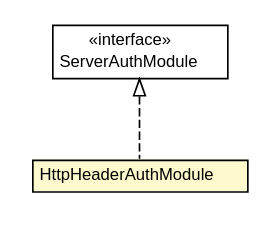
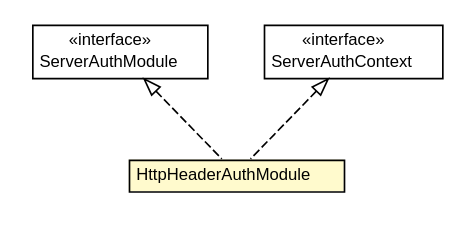
Before and after one commit to trajano/server-auth-modules: the diagram in apidocs/net/trajano/auth/HttpHeaderAuthModule.dot, drawn with Graphviz. The commit also changed 219 other files, not shown here.

```diff
--- a/apidocs/net/trajano/auth/HttpHeaderAuthModule.dot
+++ b/apidocs/net/trajano/auth/HttpHeaderAuthModule.dot
@@ -1,27 +1,36 @@
 #!/usr/local/bin/dot
 #
 # Class diagram 
 # Generated by UMLGraph version R5_6-24-gf6e263 (http://www.umlgraph.org/)
 #
 
 digraph G {
 	edge [fontname="Helvetica",fontsize=10,labelfontname="Helvetica",labelfontsize=10];
 	node [fontname="Helvetica",fontsize=10,shape=plaintext];
 	nodesep=0.25;
 	ranksep=0.5;
 	// net.trajano.auth.HttpHeaderAuthModule
-	c202 [label=<<table title="net.trajano.auth.HttpHeaderAuthModule" border="0" cellborder="1" cellspacing="0" cellpadding="2" port="p" bgcolor="lemonChiffon" href="./HttpHeaderAuthModule.html">
+	c318 [label=<<table title="net.trajano.auth.HttpHeaderAuthModule" border="0" cellborder="1" cellspacing="0" cellpadding="2" port="p" bgcolor="lemonChiffon" href="./HttpHeaderAuthModule.html">
 		<tr><td><table border="0" cellspacing="0" cellpadding="1">
 <tr><td align="center" balign="center"> HttpHeaderAuthModule </td></tr>
 		</table></td></tr>
 		</table>>, URL="./HttpHeaderAuthModule.html", fontname="Helvetica", fontcolor="black", fontsize=10.0];
 	//net.trajano.auth.HttpHeaderAuthModule implements javax.security.auth.message.module.ServerAuthModule
-	c221:p -> c202:p [dir=back,arrowtail=empty,style=dashed];
+	c341:p -> c318:p [dir=back,arrowtail=empty,style=dashed];
+	//net.trajano.auth.HttpHeaderAuthModule implements javax.security.auth.message.config.ServerAuthContext
+	c342:p -> c318:p [dir=back,arrowtail=empty,style=dashed];
 	// javax.security.auth.message.module.ServerAuthModule
-	c221 [label=<<table title="javax.security.auth.message.module.ServerAuthModule" border="0" cellborder="1" cellspacing="0" cellpadding="2" port="p" href="http://java.sun.com/j2se/1.4.2/docs/api/javax/security/auth/message/module/ServerAuthModule.html">
+	c341 [label=<<table title="javax.security.auth.message.module.ServerAuthModule" border="0" cellborder="1" cellspacing="0" cellpadding="2" port="p" href="http://java.sun.com/j2se/1.4.2/docs/api/javax/security/auth/message/module/ServerAuthModule.html">
 		<tr><td><table border="0" cellspacing="0" cellpadding="1">
 <tr><td align="center" balign="center"> &#171;interface&#187; </td></tr>
 <tr><td align="center" balign="center"> ServerAuthModule </td></tr>
 		</table></td></tr>
 		</table>>, URL="http://java.sun.com/j2se/1.4.2/docs/api/javax/security/auth/message/module/ServerAuthModule.html", fontname="Helvetica", fontcolor="black", fontsize=10.0];
+	// javax.security.auth.message.config.ServerAuthContext
+	c342 [label=<<table title="javax.security.auth.message.config.ServerAuthContext" border="0" cellborder="1" cellspacing="0" cellpadding="2" port="p" href="http://java.sun.com/j2se/1.4.2/docs/api/javax/security/auth/message/config/ServerAuthContext.html">
+		<tr><td><table border="0" cellspacing="0" cellpadding="1">
+<tr><td align="center" balign="center"> &#171;interface&#187; </td></tr>
+<tr><td align="center" balign="center"> ServerAuthContext </td></tr>
+		</table></td></tr>
+		</table>>, URL="http://java.sun.com/j2se/1.4.2/docs/api/javax/security/auth/message/config/ServerAuthContext.html", fontname="Helvetica", fontcolor="black", fontsize=10.0];
 }
```
